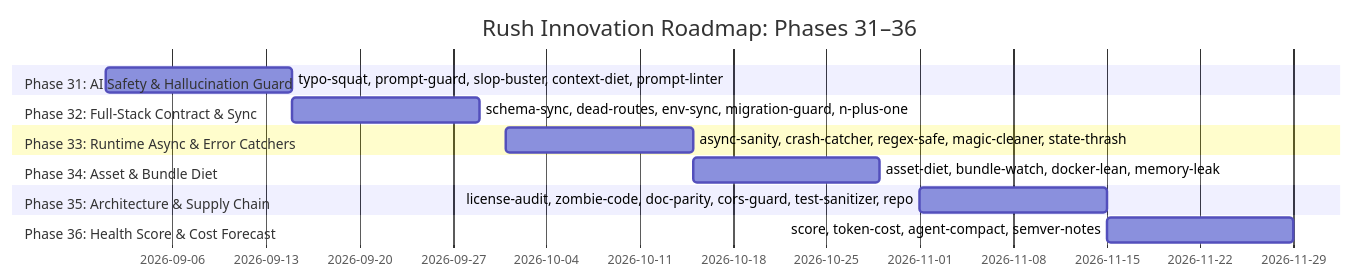
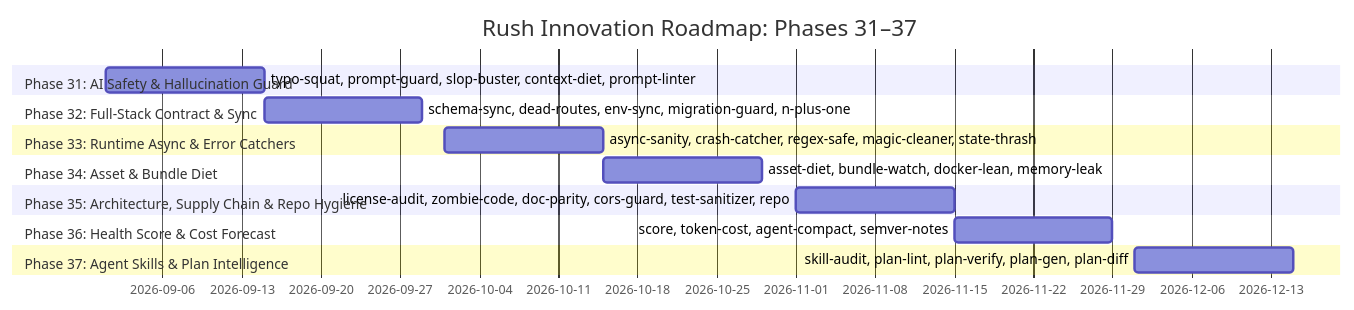
One commit to jamesdsizemore/rush-cli changed the second of 2 diagrams in brainstorm-innovation-custom-plan.md. Above: the diagram before and after it, drawn with Mermaid. The commit also changed other lines of this file and 1 other file, not shown here.

Commit message:
docs: add Domain 7 (Agent Skills & Plan Intelligence) with tools 30-34 to innovation plan

````diff
--- a/brainstorm-innovation-custom-plan.md
+++ b/brainstorm-innovation-custom-plan.md
@@ -497,17 +595,19 @@
 ```mermaid
 gantt
-  title Rush Innovation Roadmap: Phases 31–36
+  title Rush Innovation Roadmap: Phases 31–37
   dateFormat  YYYY-MM-DD
   section Phase 31: AI Safety & Hallucination Guard
   typo-squat, prompt-guard, slop-buster, context-diet, prompt-linter :2026-09-01, 14d
   section Phase 32: Full-Stack Contract & Sync
   schema-sync, dead-routes, env-sync, migration-guard, n-plus-one :2026-09-15, 14d
   section Phase 33: Runtime Async & Error Catchers
   async-sanity, crash-catcher, regex-safe, magic-cleaner, state-thrash :2026-10-01, 14d
   section Phase 34: Asset & Bundle Diet
   asset-diet, bundle-watch, docker-lean, memory-leak :2026-10-15, 14d
-  section Phase 35: Architecture & Supply Chain
+  section Phase 35: Architecture, Supply Chain & Repo Hygiene
   license-audit, zombie-code, doc-parity, cors-guard, test-sanitizer, repo :2026-11-01, 14d
   section Phase 36: Health Score & Cost Forecast
   score, token-cost, agent-compact, semver-notes :2026-11-15, 14d
+  section Phase 37: Agent Skills & Plan Intelligence
+  skill-audit, plan-lint, plan-verify, plan-gen, plan-diff :2026-12-01, 14d
 ```
````
